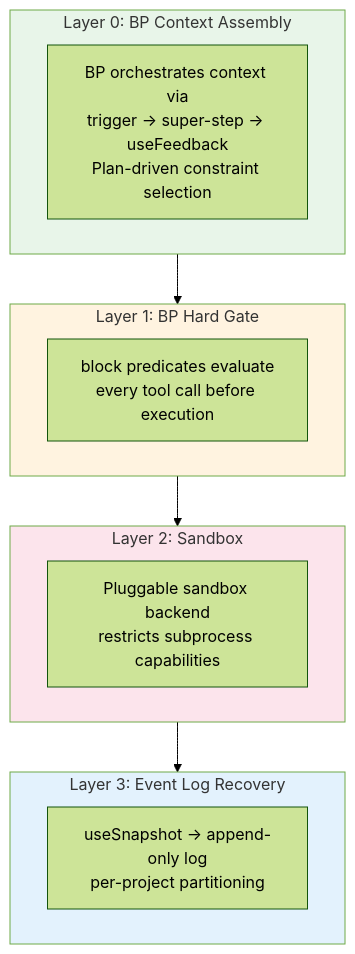
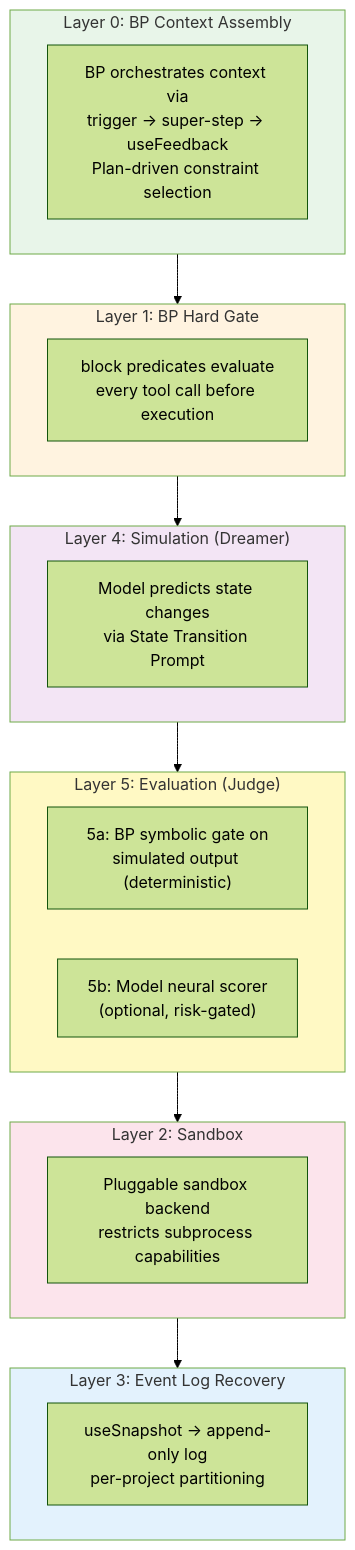
One commit to plaited/plaited changed the third of 3 diagrams in docs/SYSTEM-DESIGN-V3.md. Above: the diagram before and after it, drawn with Mermaid (forest theme). The commit also changed other lines of this file, not shown here.

First line of the commit message:
docs(agent): add Selective Dreamer simulation and tiered training

````diff
--- a/docs/SYSTEM-DESIGN-V3.md
+++ b/docs/SYSTEM-DESIGN-V3.md
@@ -642,25 +712,36 @@
 ```mermaid
 graph TD
     subgraph L0["Layer 0: BP Context Assembly"]
         INJ["BP orchestrates context via<br/>trigger → super-step → useFeedback<br/>Plan-driven constraint selection"]
     end
 
     subgraph L1["Layer 1: BP Hard Gate"]
         GATE["block predicates evaluate<br/>every tool call before execution"]
     end
 
+    subgraph L4["Layer 4: Simulation (Dreamer)"]
+        SIM["Model predicts state changes<br/>via State Transition Prompt"]
+    end
+
+    subgraph L5["Layer 5: Evaluation (Judge)"]
+        L5A["5a: BP symbolic gate on<br/>simulated output (deterministic)"]
+        L5B["5b: Model neural scorer<br/>(optional, risk-gated)"]
+    end
+
     subgraph L2["Layer 2: Sandbox"]
         SB["Pluggable sandbox backend<br/>restricts subprocess capabilities"]
     end
 
     subgraph L3["Layer 3: Event Log Recovery"]
         GIT["useSnapshot → append-only log<br/>per-project partitioning"]
     end
 
-    L0 --> L1 --> L2 --> L3
+    L0 --> L1 --> L4 --> L5 --> L2 --> L3
 
     style L0 fill:#e8f5e9
     style L1 fill:#fff3e0
+    style L4 fill:#f3e5f5
+    style L5 fill:#fff9c4
     style L2 fill:#fce4ec
     style L3 fill:#e3f2fd
 ```
````
